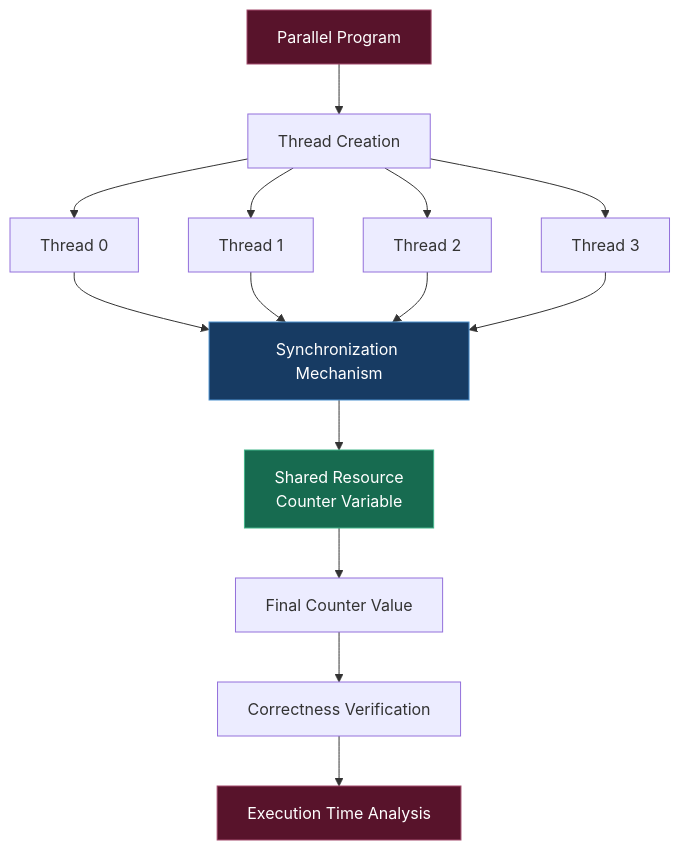
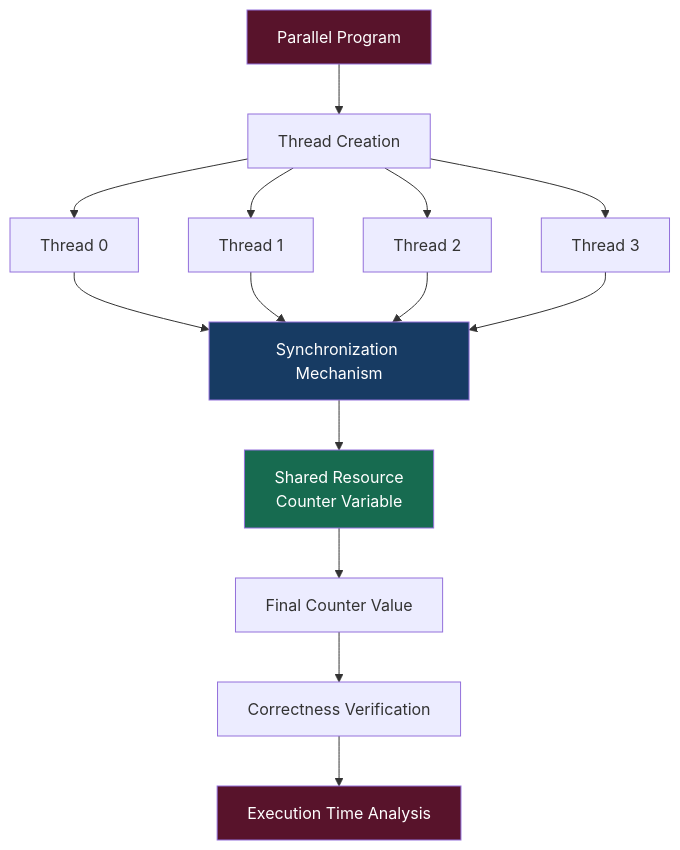
One commit to Alsaa-00/PGC-Expt3-Synchronization changed the first of 3 diagrams in README.md. Above: the diagram before and after it, drawn with Mermaid. The commit also changed other lines of this file, not shown here.

````diff
--- a/README.md
+++ b/README.md
@@ -65,25 +65,25 @@
 ```mermaid
 flowchart TD
     A["Parallel Program"] --> B["Thread Creation"]
 
     B --> C["Thread 0"]
     B --> D["Thread 1"]
     B --> E["Thread 2"]
     B --> F["Thread 3"]
 
     C --> G["Synchronization Mechanism"]
     D --> G
     E --> G
     F --> G
 
     G --> H["Shared Resource<br/>Counter Variable"]
 
     H --> I["Final Counter Value"]
     I --> J["Correctness Verification"]
     J --> K["Execution Time Analysis"]
 
-    style A fill:#58132b,color:#fff,stroke:#a34b6c
-    style G fill:#173b63,color:#fff,stroke:#4d91cf
-    style H fill:#176b50,color:#fff,stroke:#43b58a
-    style K fill:#58132b,color:#fff,stroke:#a34b6c
+    style A fill:#58132b,color:#fff
+    style G fill:#173b63,color:#fff
+    style H fill:#176b50,color:#fff
+    style K fill:#58132b,color:#fff
 ```
````
